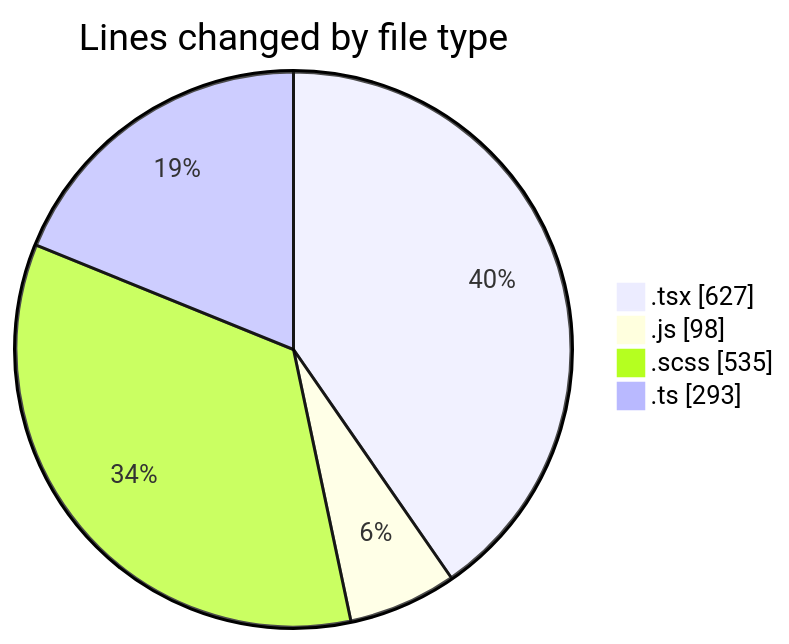
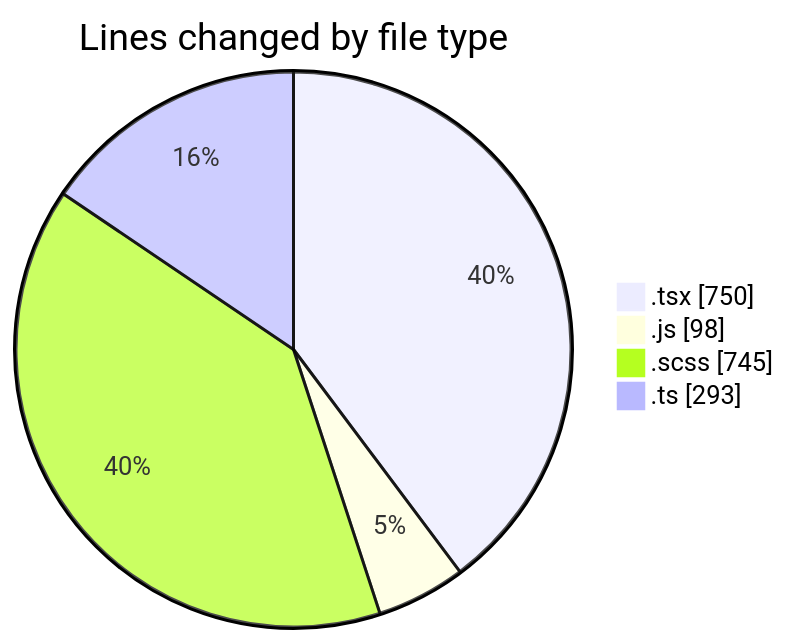
The first of 2 diagrams in 2025-03-31/cda/README.md (momahboobian/code-tracking), drawn with Mermaid before and after one commit. The commit also changed other lines of this file and 1 other file, not shown here.

````diff
--- a/2025-03-31/cda/README.md
+++ b/2025-03-31/cda/README.md
@@ -29,8 +30,8 @@
 ```mermaid
 pie showData
 title Lines changed by file type
-".tsx" : 627
+".tsx" : 750
 ".js" : 98
-".scss" : 535
+".scss" : 745
 ".ts" : 293
 ```
````
